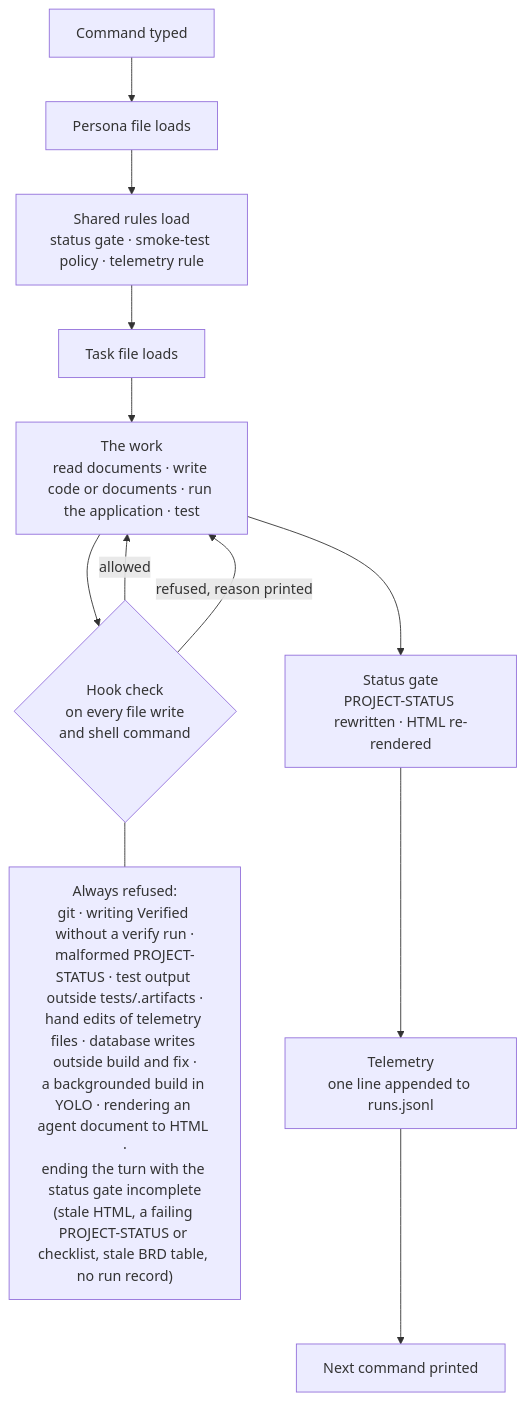
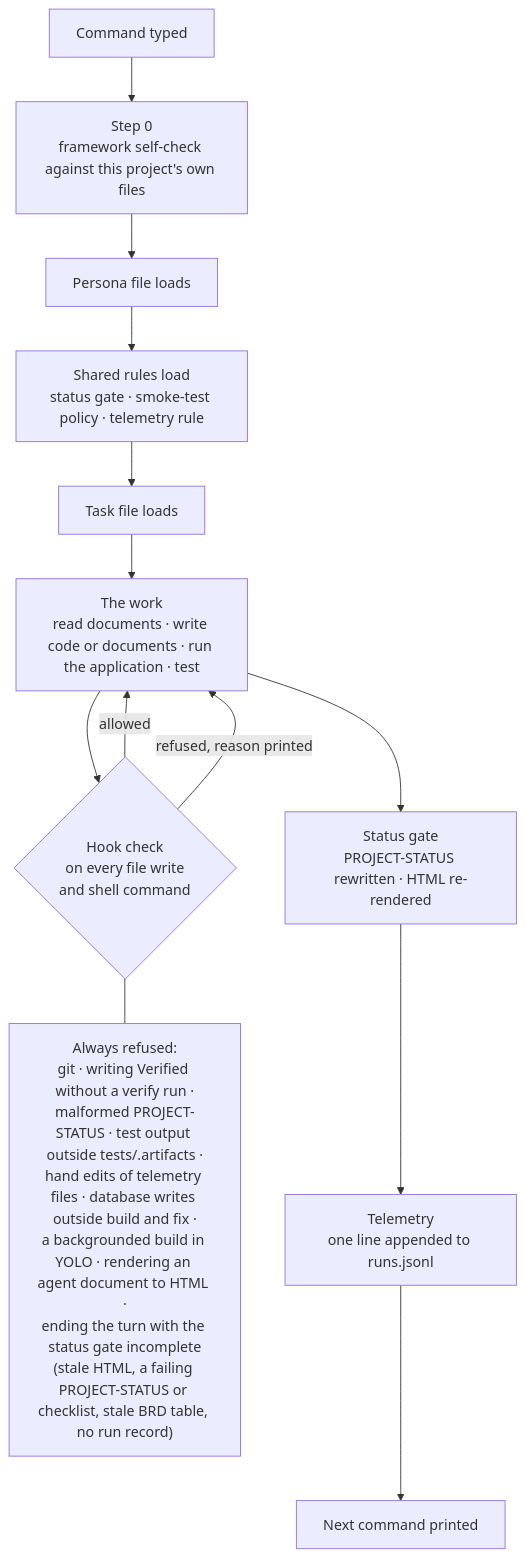
Before and after one commit to techierathore/TechieFlow: the second of 2 diagrams in docs/TechieFlow-How-It-Works.md, drawn with Mermaid. The commit also changed other lines of this file and 48 other files, not shown here.

````diff
--- a/docs/TechieFlow-How-It-Works.md
+++ b/docs/TechieFlow-How-It-Works.md
@@ -200,14 +200,15 @@
 ```mermaid
 flowchart TD
-    A["Command typed"] --> B["Persona file loads"]
+    A["Command typed"] --> S["Step 0<br/>framework self-check against this project's own files"]
+    S --> B["Persona file loads"]
     B --> C["Shared rules load<br/>status gate · smoke-test policy · telemetry rule"]
     C --> D["Task file loads"]
     D --> E["The work<br/>read documents · write code or documents · run the application · test"]
     E --> H{"Hook check<br/>on every file write<br/>and shell command"}
     H -->|"allowed"| E
     H -->|"refused, reason printed"| E
     H --- N["Always refused:<br/>git · writing Verified without a verify run ·<br/>malformed PROJECT-STATUS · test output outside tests/.artifacts ·<br/>hand edits of telemetry files · database writes outside build and fix ·<br/>a backgrounded build in YOLO · rendering an agent document to HTML ·<br/>ending the turn with the status gate incomplete<br/>(stale HTML, a failing PROJECT-STATUS or checklist, stale BRD table, no run record)"]
     E --> F["Status gate<br/>PROJECT-STATUS rewritten · HTML re-rendered"]
     F --> G["Telemetry<br/>one line appended to runs.jsonl"]
     G --> Z["Next command printed"]
 ```
````
